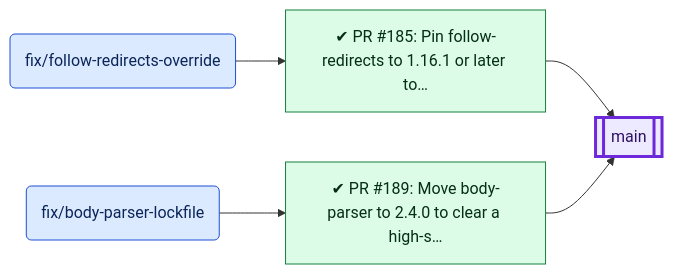
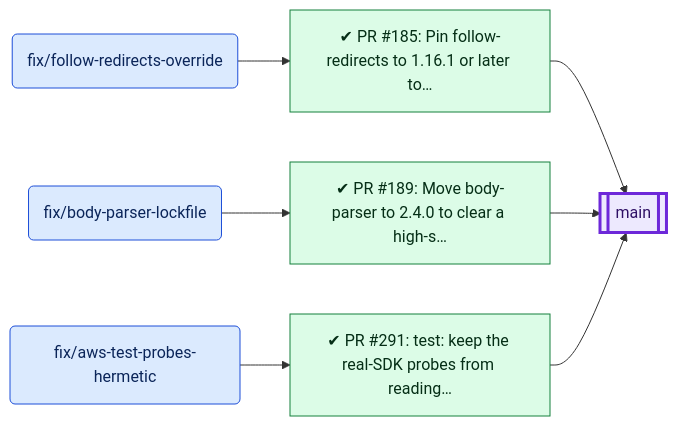
Before and after one commit to VijayKumaro7/NotionAI_Notepad: the sixth of 7 diagrams in docs/PR_BRANCH_VISUALIZATION.md, drawn with Mermaid. The commit also changed other lines of this file and 2 other files, not shown here.

````diff
--- a/docs/PR_BRANCH_VISUALIZATION.md
+++ b/docs/PR_BRANCH_VISUALIZATION.md
@@ -958,17 +1147,21 @@
 ```mermaid
 flowchart LR
-  b131("fix/follow-redirects-override"):::source
-  b133[["main"]]:::target
-  b129("fix/body-parser-lockfile"):::source
+  b173("fix/follow-redirects-override"):::source
+  b175[["main"]]:::target
+  b171("fix/body-parser-lockfile"):::source
+  b170("fix/aws-test-probes-hermetic"):::source
   p185["✔ PR #185: Pin follow-redirects to 1.16.1 or later to…"]:::merged
   p189["✔ PR #189: Move body-parser to 2.4.0 to clear a high-s…"]:::merged
-  b131 --> p185
-  p185 --> b133
-  b129 --> p189
-  p189 --> b133
+  p291["✔ PR #291: test: keep the real-SDK probes from reading…"]:::merged
+  b173 --> p185
+  p185 --> b175
+  b171 --> p189
+  p189 --> b175
+  b170 --> p291
+  p291 --> b175
   classDef source fill:#dbeafe,stroke:#1d4ed8,color:#0b2559
   classDef target fill:#ede9fe,stroke:#6d28d9,stroke-width:3px,color:#2e1065
   classDef open fill:#fef3c7,stroke:#b45309,stroke-width:2px,color:#451a03
   classDef merged fill:#dcfce7,stroke:#15803d,color:#052e16
   classDef closed fill:#f3f4f6,stroke:#b91c1c,stroke-dasharray:5 3,color:#111827
 ```
````
